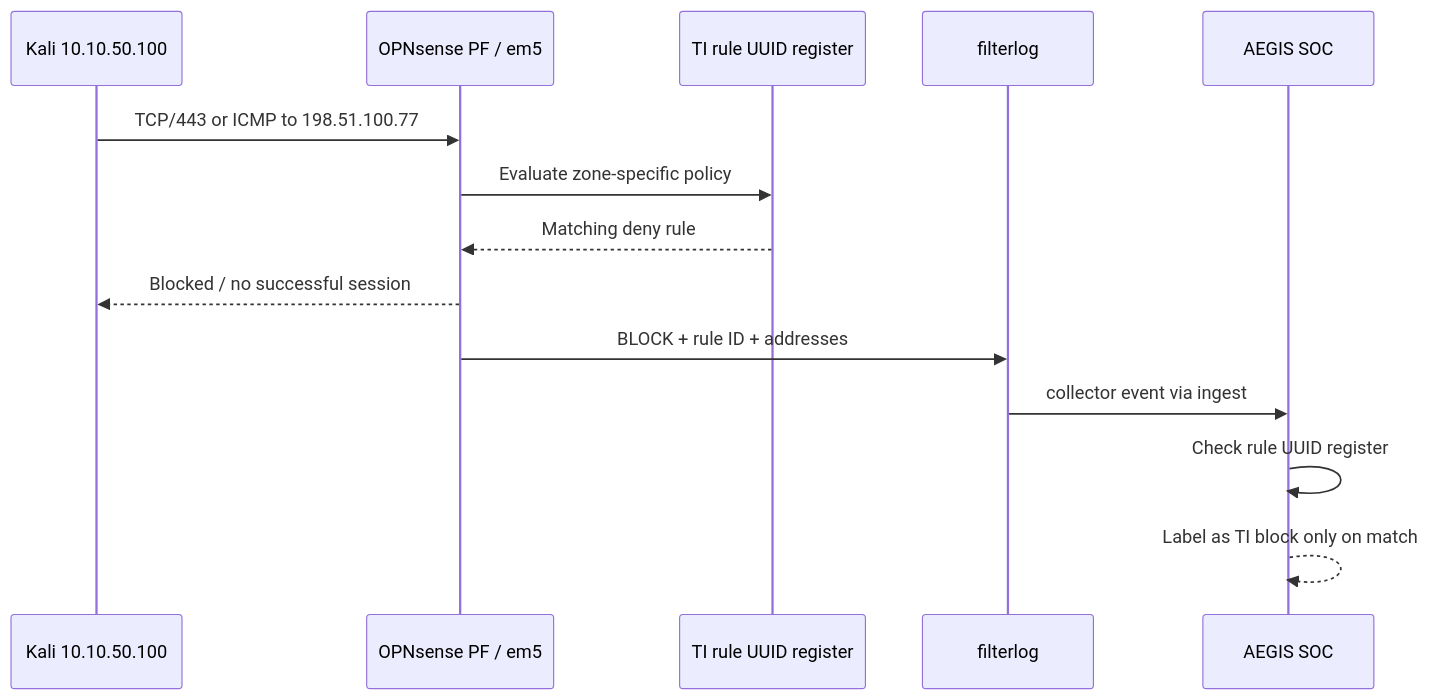
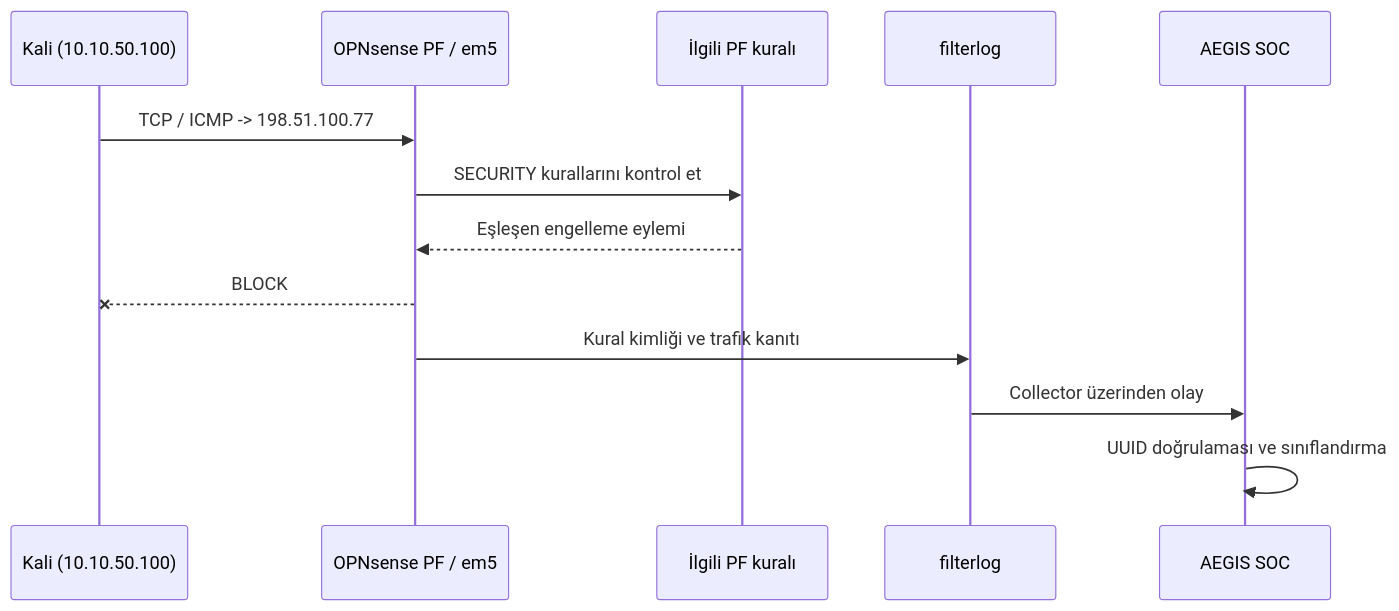
Before and after one commit to mahirkau1/AEGIS-SOC: the first of 2 diagrams in docs/blocklists.md, drawn with Mermaid. The commit also changed other lines of this file and 10 other files, not shown here.

Commit message:
docs: AEGIS SOC belgelerini ve 39 gorseli Turkcelestir

````diff
--- a/docs/blocklists.md
+++ b/docs/blocklists.md
@@ -19,16 +19,15 @@
 ```mermaid
 sequenceDiagram
-  participant Kali as Kali 10.10.50.100
-  participant PF as OPNsense PF / em5
-  participant Rule as TI rule UUID register
-  participant FL as filterlog
-  participant SOC as AEGIS SOC
-  Kali->>PF: TCP/443 or ICMP to 198.51.100.77
-  PF->>Rule: Evaluate zone-specific policy
-  Rule-->>PF: Matching deny rule
-  PF-->>Kali: Blocked / no successful session
-  PF->>FL: BLOCK + rule ID + addresses
-  FL->>SOC: collector event via ingest
-  SOC->>SOC: Check rule UUID register
-  SOC-->>SOC: Label as TI block only on match
+    participant K as Kali (10.10.50.100)
+    participant F as OPNsense PF / em5
+    participant R as İlgili PF kuralı
+    participant L as filterlog
+    participant S as AEGIS SOC
+    K->>F: TCP / ICMP -> 198.51.100.77
+    F->>R: SECURITY kurallarını kontrol et
+    R-->>F: Eşleşen engelleme eylemi
+    F--xK: BLOCK
+    F->>L: Kural kimliği ve trafik kanıtı
+    L->>S: Collector üzerinden olay
+    S->>S: UUID doğrulaması ve sınıflandırma
 ```
````
